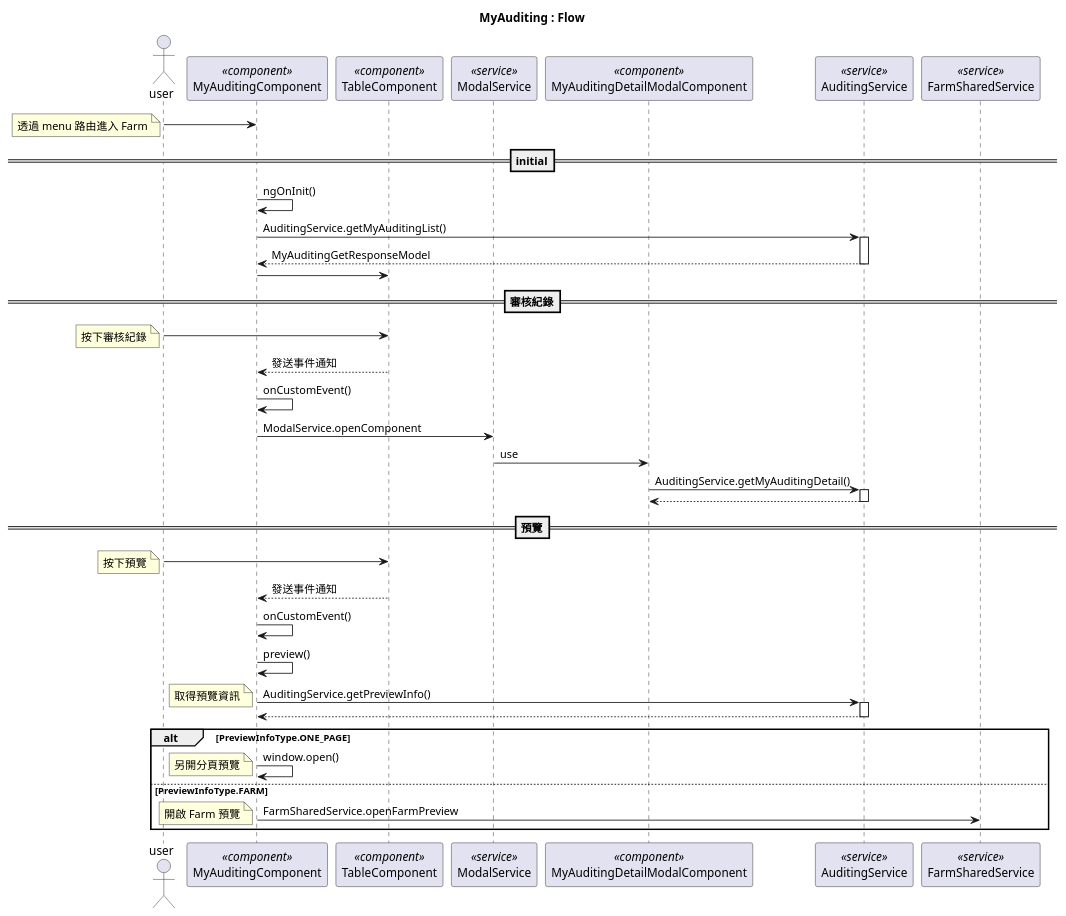
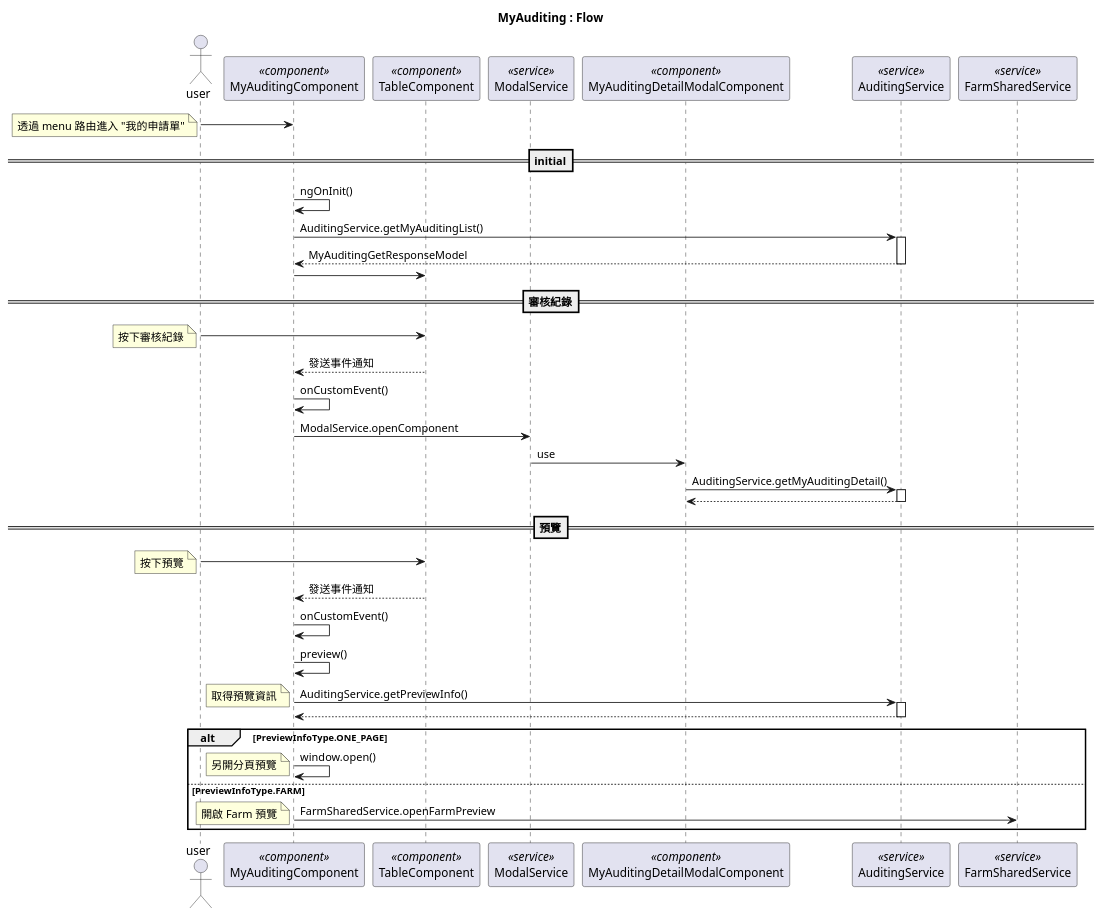
Before and after one commit to jef15938/CMS-4.0_FE-githubActions: the diagram in cms/diagram/my-auditing/1.flow.wsd, drawn with PlantUML. The commit also changed 2 other files, not shown here.

Commit message:
流程圖

```diff
--- a/cms/diagram/my-auditing/1.flow.wsd
+++ b/cms/diagram/my-auditing/1.flow.wsd
@@ -1,55 +1,55 @@
 @startuml
 
 Title MyAuditing : Flow
 actor user
 participant "MyAuditingComponent" as main << component >>
 participant "TableComponent" as table << component >>
 participant "ModalService" as modalService << service >>
 participant "MyAuditingDetailModalComponent" as detailComponent << component >>
 participant "AuditingService" as auditingService << service >>
 participant "FarmSharedService" as farmSharedService << service >>
 
 user -> main
-note left: 透過 menu 路由進入 Farm
+note left: 透過 menu 路由進入 "我的申請單"
 
 ==initial==
 main -> main: ngOnInit()
 main -> auditingService: AuditingService.getMyAuditingList()
 activate auditingService
 auditingService --> main: MyAuditingGetResponseModel
 deactivate
 main -> table
 
 ==審核紀錄==
 user -> table
 note left: 按下審核紀錄
 table --> main: 發送事件通知
 main -> main: onCustomEvent()
 main -> modalService: ModalService.openComponent
 modalService -> detailComponent: use
 detailComponent -> auditingService: AuditingService.getMyAuditingDetail()
 activate auditingService
 auditingService --> detailComponent
 deactivate
 
 ==預覽==
 user -> table
 note left: 按下預覽
 table --> main: 發送事件通知
 main -> main: onCustomEvent()
 main -> main: preview()
 main -> auditingService: AuditingService.getPreviewInfo()
 note left: 取得預覽資訊
 activate auditingService
 auditingService --> main
 deactivate
 
 alt PreviewInfoType.ONE_PAGE
 main -> main: window.open()
 note left: 另開分頁預覽
 else PreviewInfoType.FARM
 main -> farmSharedService: FarmSharedService.openFarmPreview
 note left: 開啟 Farm 預覽
 end
 
 @enduml
```
